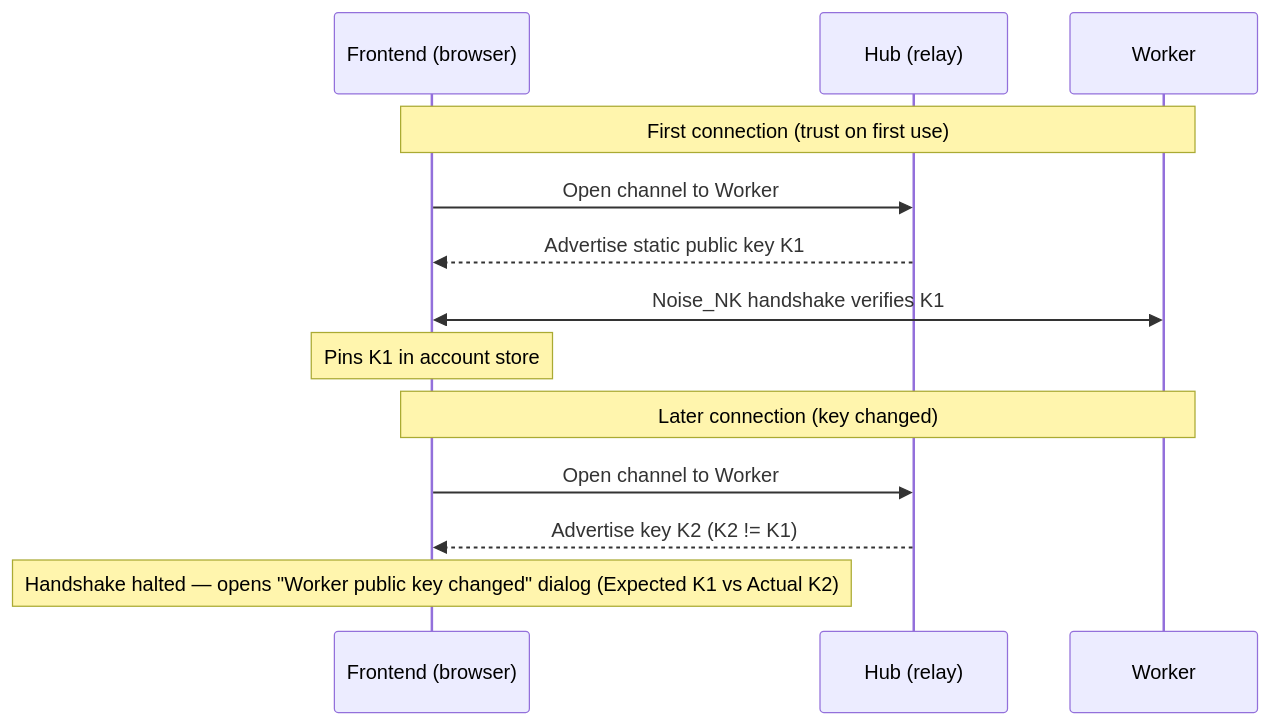
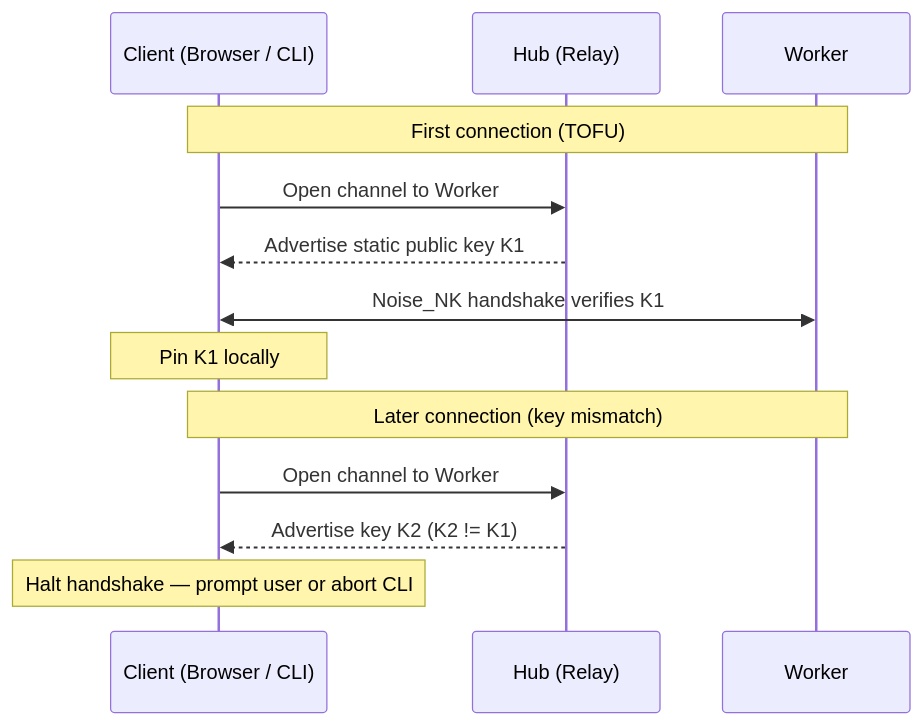
The second of 2 diagrams in site/content/docs/admin/managing-workers.md (leapmux/leapmux), drawn with Mermaid before and after one commit. The commit also changed other lines of this file and 165 other files, not shown here.

````diff
--- a/site/content/docs/admin/managing-workers.md
+++ b/site/content/docs/admin/managing-workers.md
@@ -296,17 +169,17 @@
 ```mermaid
 sequenceDiagram
-    participant F as Frontend (browser)
-    participant H as Hub (relay)
+    participant F as Client (Browser / CLI)
+    participant H as Hub (Relay)
     participant W as Worker
 
-    Note over F,W: First connection (trust on first use)
+    Note over F,W: First connection (TOFU)
     F->>H: Open channel to Worker
     H-->>F: Advertise static public key K1
     F<<->>W: Noise_NK handshake verifies K1
-    Note over F: Pins K1 in account store
+    Note over F: Pin K1 locally
 
-    Note over F,W: Later connection (key changed)
+    Note over F,W: Later connection (key mismatch)
     F->>H: Open channel to Worker
     H-->>F: Advertise key K2 (K2 != K1)
-    Note over F: Handshake halted — opens "Worker public key changed" dialog (Expected K1 vs Actual K2)
+    Note over F: Halt handshake — prompt user or abort CLI
 ```
````
